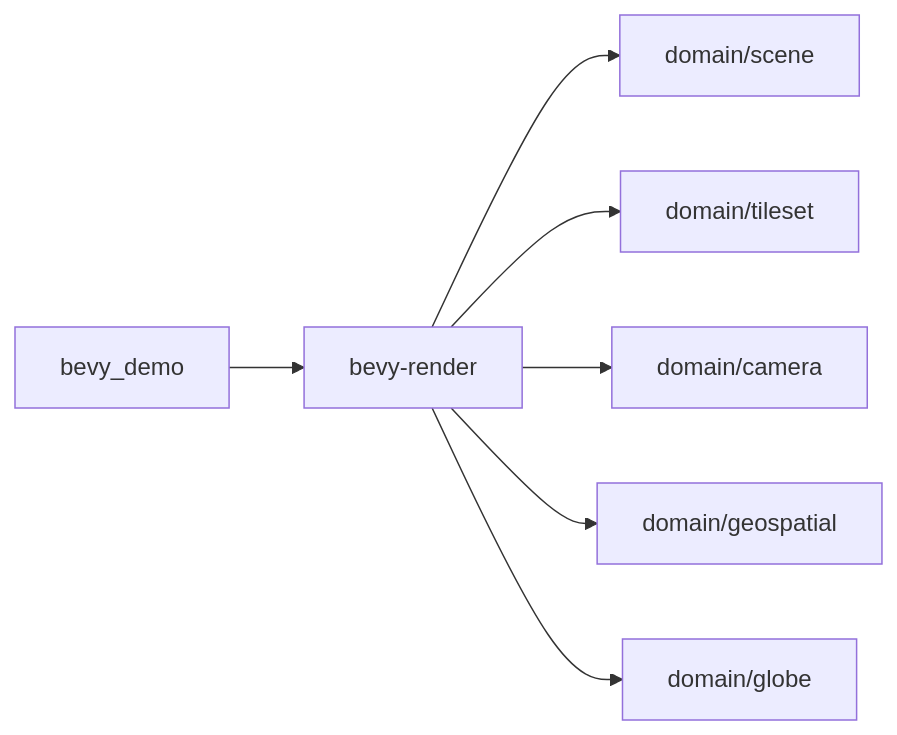
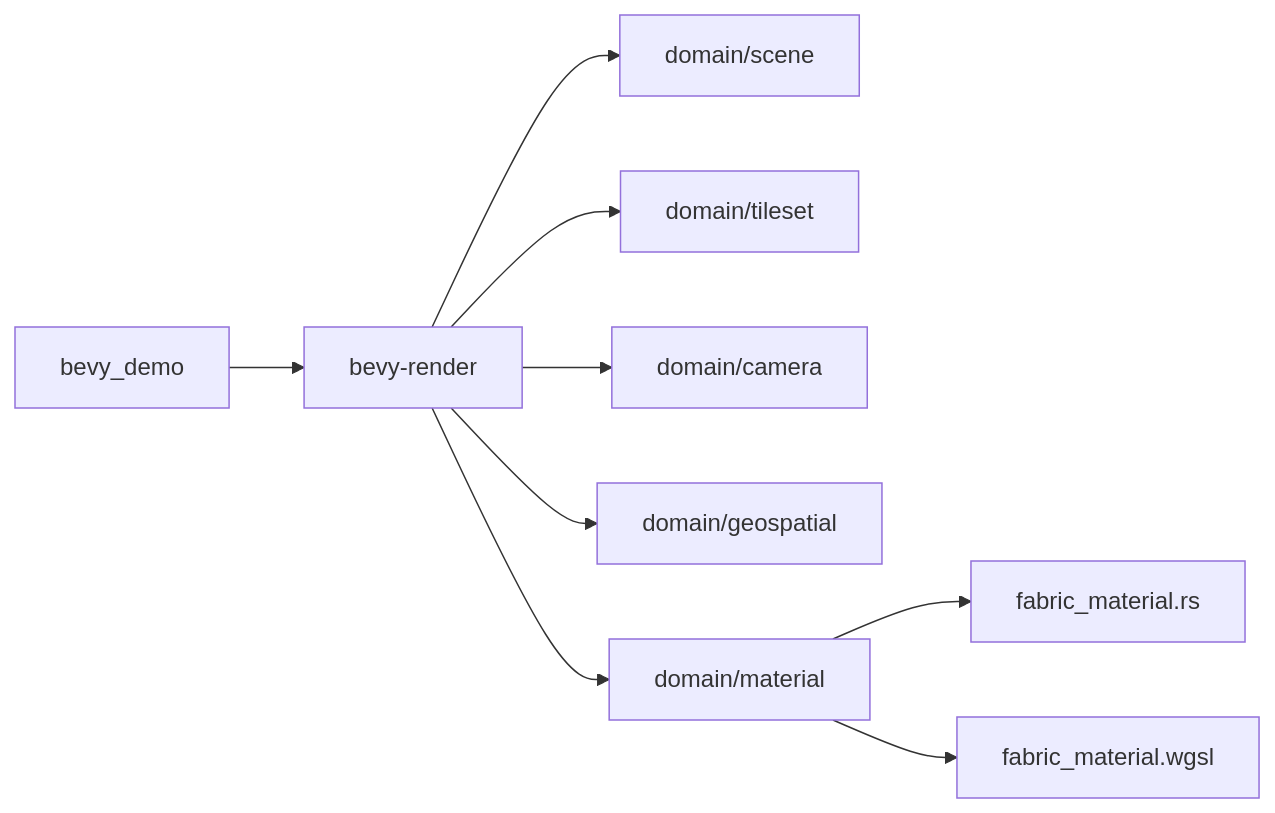
One commit to rzhangjing/cesium changed the fifth of 5 diagrams in .qoder/repowiki/zh/content/项目概述/核心特性/3D渲染引擎/Bevy渲染适配器.md. Above: the diagram before and after it, drawn with Mermaid. The commit also changed other lines of this file and 30 other files, not shown here.

````diff
--- a/.qoder/repowiki/zh/content/项目概述/核心特性/3D渲染引擎/Bevy渲染适配器.md
+++ b/.qoder/repowiki/zh/content/项目概述/核心特性/3D渲染引擎/Bevy渲染适配器.md
@@ -272,9 +343,11 @@
 ```mermaid
 graph LR
 Demo["bevy_demo"] --> Adapter["bevy-render"]
 Adapter --> Scene["domain/scene"]
 Adapter --> Tileset["domain/tileset"]
 Adapter --> Camera["domain/camera"]
 Adapter --> Geo["domain/geospatial"]
-Adapter --> Globe["domain/globe"]
+Adapter --> Material["domain/material"]
+Material --> FabricMat["fabric_material.rs"]
+Material --> WGSL["fabric_material.wgsl"]
 ```
````
